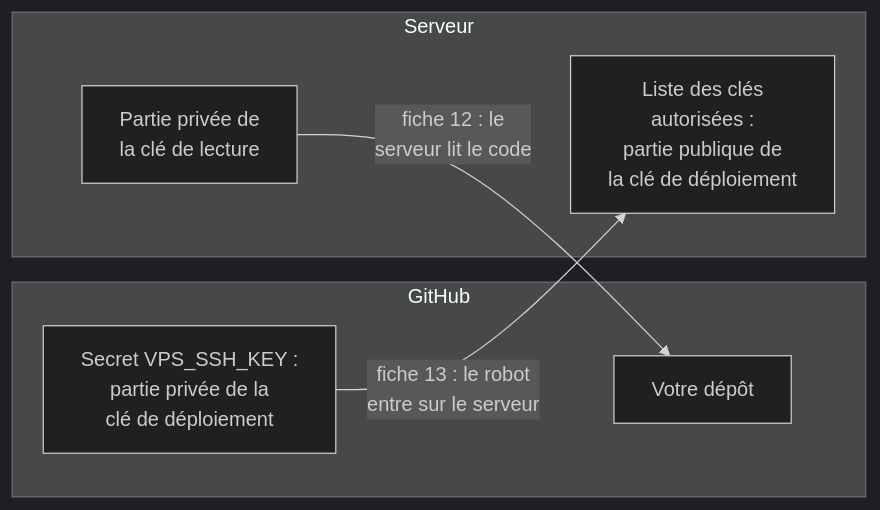
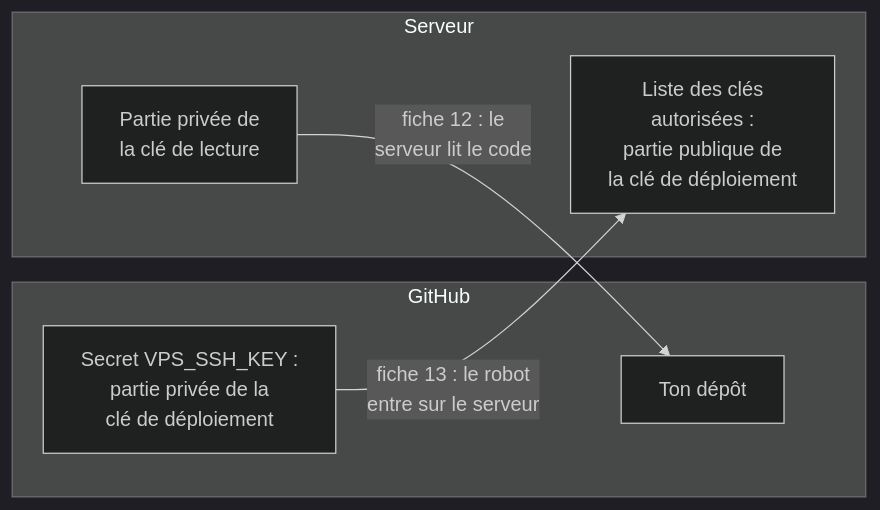
One commit to lecinquiemejour-code/goodvibe-tuto changed diagram 38 of 42 in tuto-goodvibe-vibecoding.md. Above: the diagram before and after it, drawn with Mermaid (dark theme). The commit also changed other lines of this file, not shown here.

````diff
--- a/tuto-goodvibe-vibecoding.md
+++ b/tuto-goodvibe-vibecoding.md
@@ -1948,13 +1948,13 @@
 ```mermaid
 flowchart LR
     subgraph GitHub
-        R["Votre dépôt"]
+        R["Ton dépôt"]
         S["Secret VPS_SSH_KEY :<br/>partie privée de la<br/>clé de déploiement"]
     end
     subgraph Serveur
         A["Liste des clés<br/>autorisées :<br/>partie publique de<br/>la clé de déploiement"]
         L["Partie privée de<br/>la clé de lecture"]
     end
     S -- "fiche 13 : le robot<br/>entre sur le serveur" --> A
     L -- "fiche 12 : le<br/>serveur lit le code" --> R
 ```
````
